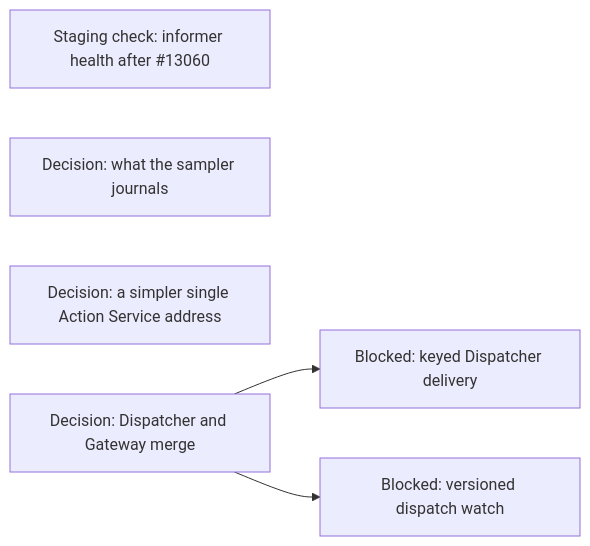
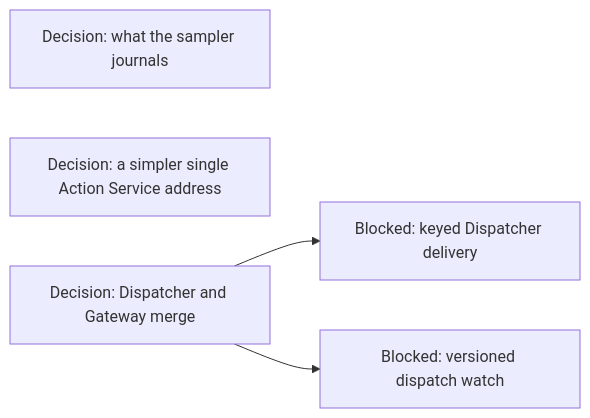
Diagram 18 of 18 in agentplane/plans/task_dag.md (agentydragon/ducktape), drawn with Mermaid before and after one commit. The commit also changed other lines of this file and 1 other file, not shown here.

Commit message:
Retire completed Kubernetes watch health plan item

````diff
--- a/agentplane/plans/task_dag.md
+++ b/agentplane/plans/task_dag.md
@@ -2159,8 +2159,7 @@
 ```mermaid
 flowchart LR
-    KUBERNETES_NATIVE_WATCH_HEALTH[Staging check: informer health after #13060]
     SAMPLER_JOURNAL_DIET[Decision: what the sampler journals]
     ACTION_SERVICE_PORT_SHARING[Decision: a simpler single Action Service address]
     DISPATCHER_PERSISTENCE_MODEL_DESIGN[Decision: Dispatcher and Gateway merge] --> DISPATCHER_KEYED_DELIVERY[Blocked: keyed Dispatcher delivery]
     DISPATCHER_PERSISTENCE_MODEL_DESIGN --> DISPATCHER_WATCH_VERSIONS[Blocked: versioned dispatch watch]
 ```
````
